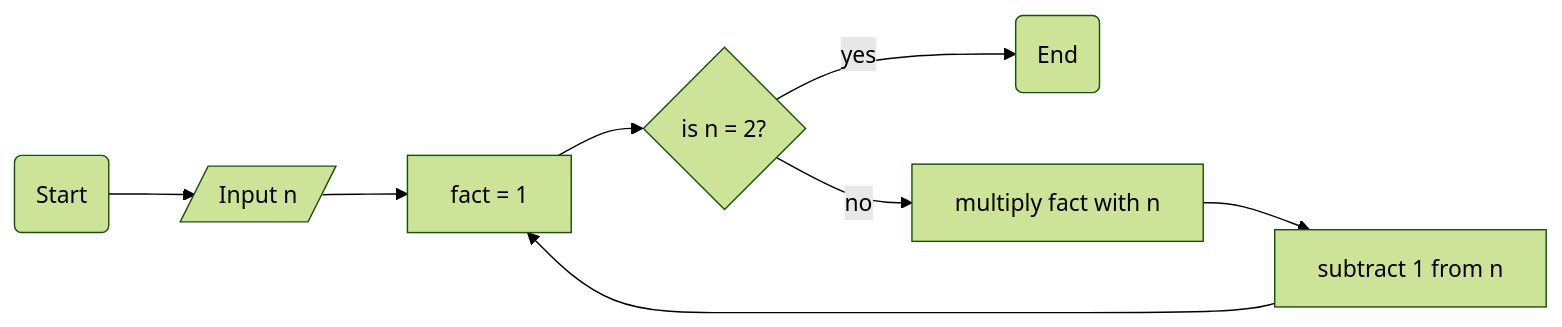
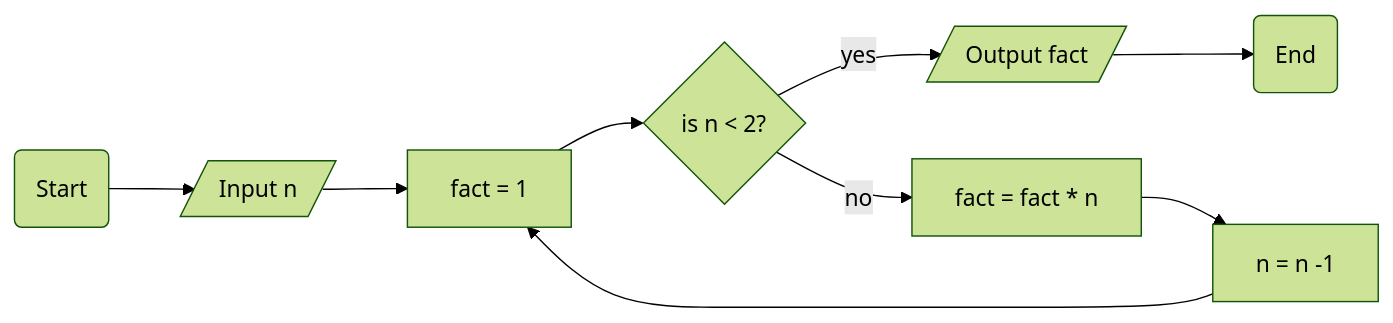
One commit to geko-crooms/programming-concepts-test changed the fourth of 4 diagrams in README.md. Above: the diagram before and after it, drawn with Mermaid (forest theme). The commit also changed other lines of this file, not shown here.

Commit message:
Clarify factorial calculation and output in README
Updated README.md to clarify factorial calculation and output format.

````diff
--- a/README.md
+++ b/README.md
@@ -71,5 +71,5 @@
 ```mermaid
 flowchart LR
-A(Start) --> B[/Input n/] --> C[fact = 1] --> D{is n = 2?}-- yes --> E(End)
-D-- no -->F[multiply fact with n] --> G[subtract 1 from n] --> C
+A(Start) --> B[/Input n/] --> C[fact = 1] --> D{is n < 2?}-- yes --> o[/Output fact/] --> E(End)
+D-- no -->F[fact = fact * n] --> G[n = n -1] --> C
 ```
````
